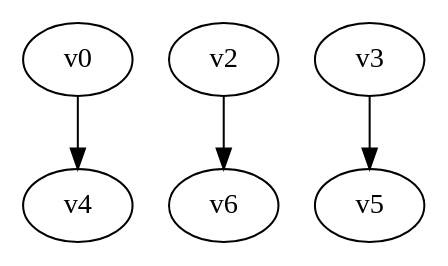
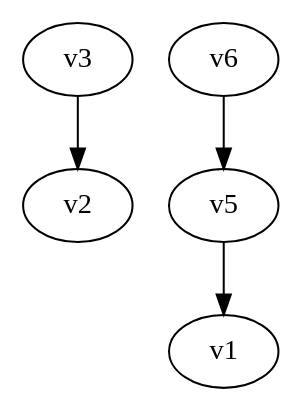
One commit to yadej/graph_project changed the diagram in digraph.dot. Above: the diagram before and after it, drawn with Graphviz. The commit also changed 1 other file, not shown here.

```diff
--- a/digraph.dot
+++ b/digraph.dot
@@ -1,5 +1,5 @@
 digraph G { 
-v0 -> v4;
-v2 -> v6;
-v3 -> v5;
+v3 -> v2;
+v5 -> v1;
+v6 -> v5;
 }
```
